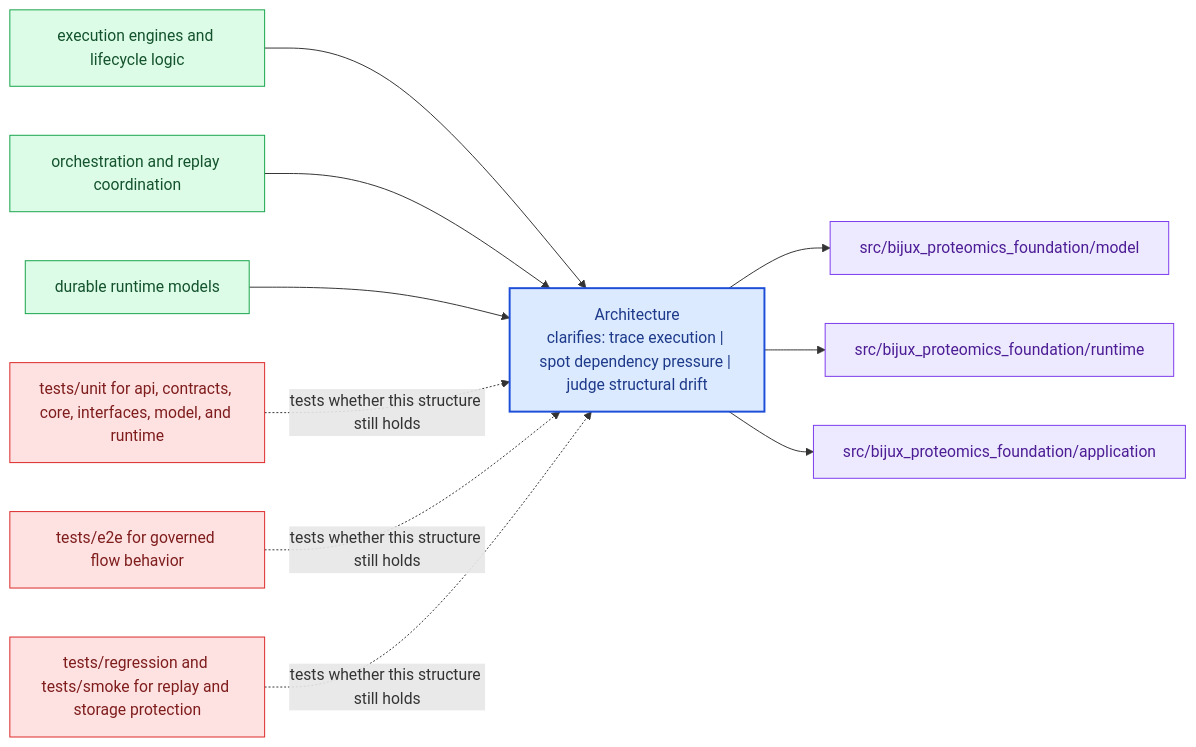
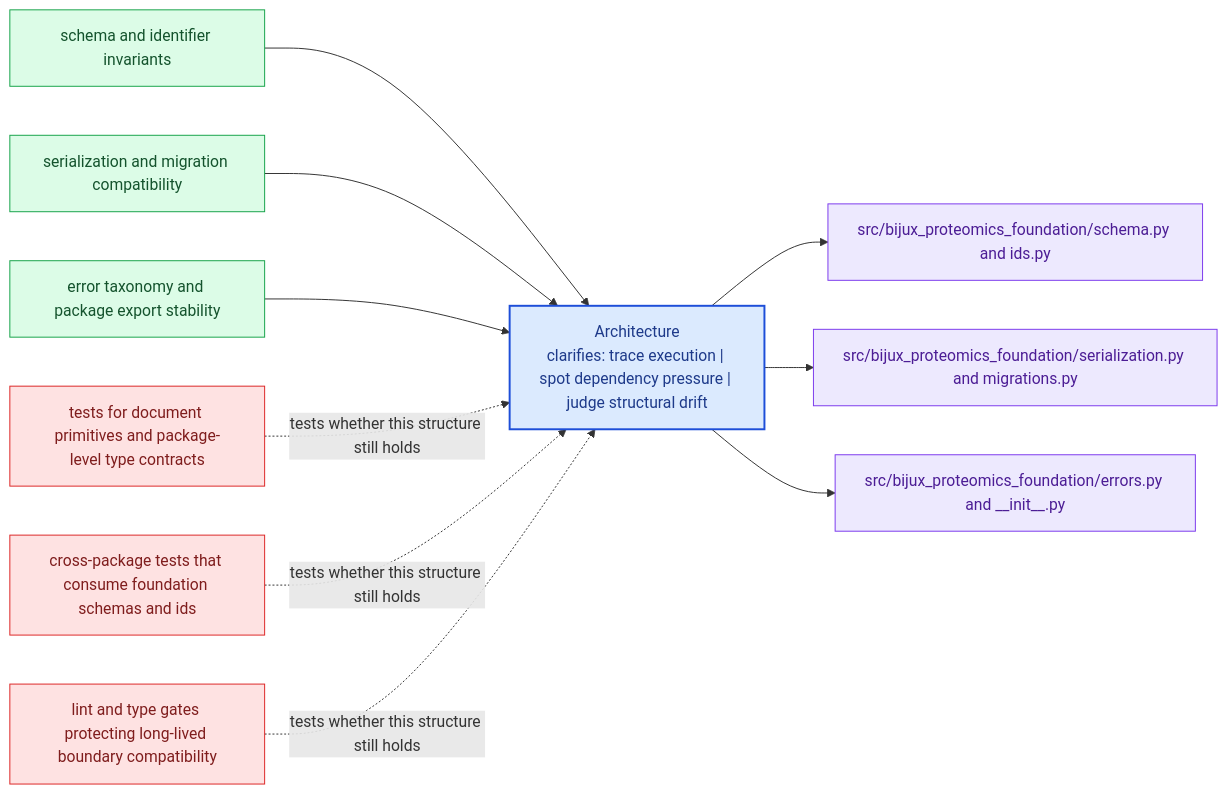
Before and after one commit to bijux/bijux-proteomics: the diagram in docs/bijux-proteomics-foundation/architecture/index.md, drawn with Mermaid. The commit also changed other lines of this file, not shown here.

Commit message:
docs(foundation-architecture): anchor design map to actual schema migration and error modules

````diff
--- a/docs/bijux-proteomics-foundation/architecture/index.md
+++ b/docs/bijux-proteomics-foundation/architecture/index.md
@@ -20,31 +20,31 @@
 ```mermaid
 flowchart LR
     page["Architecture<br/>clarifies: trace execution | spot dependency pressure | judge structural drift"]
     classDef page fill:#dbeafe,stroke:#1d4ed8,color:#1e3a8a,stroke-width:2px;
     classDef positive fill:#dcfce7,stroke:#16a34a,color:#14532d;
     classDef caution fill:#fee2e2,stroke:#dc2626,color:#7f1d1d;
     classDef anchor fill:#ede9fe,stroke:#7c3aed,color:#4c1d95;
     classDef action fill:#fef3c7,stroke:#d97706,color:#7c2d12;
-    module1["execution engines and lifecycle logic"]
+    module1["schema and identifier invariants"]
     module1 --> page
-    module2["orchestration and replay coordination"]
+    module2["serialization and migration compatibility"]
     module2 --> page
-    module3["durable runtime models"]
+    module3["error taxonomy and package export stability"]
     module3 --> page
-    code1["src/bijux_proteomics_foundation/model"]
+    code1["src/bijux_proteomics_foundation/schema.py and ids.py"]
     page --> code1
-    code2["src/bijux_proteomics_foundation/runtime"]
+    code2["src/bijux_proteomics_foundation/serialization.py and migrations.py"]
     page --> code2
-    code3["src/bijux_proteomics_foundation/application"]
+    code3["src/bijux_proteomics_foundation/errors.py and __init__.py"]
     page --> code3
-    pressure1["tests/unit for api, contracts, core, interfaces, model, and runtime"]
+    pressure1["tests for document primitives and package-level type contracts"]
     pressure1 -.tests whether this structure still holds.-> page
-    pressure2["tests/e2e for governed flow behavior"]
+    pressure2["cross-package tests that consume foundation schemas and ids"]
     pressure2 -.tests whether this structure still holds.-> page
-    pressure3["tests/regression and tests/smoke for replay and storage protection"]
+    pressure3["lint and type gates protecting long-lived boundary compatibility"]
     pressure3 -.tests whether this structure still holds.-> page
     class page page;
     class module1,module2,module3 positive;
     class code1,code2,code3 anchor;
     class pressure1,pressure2,pressure3 caution;
 ```
````
